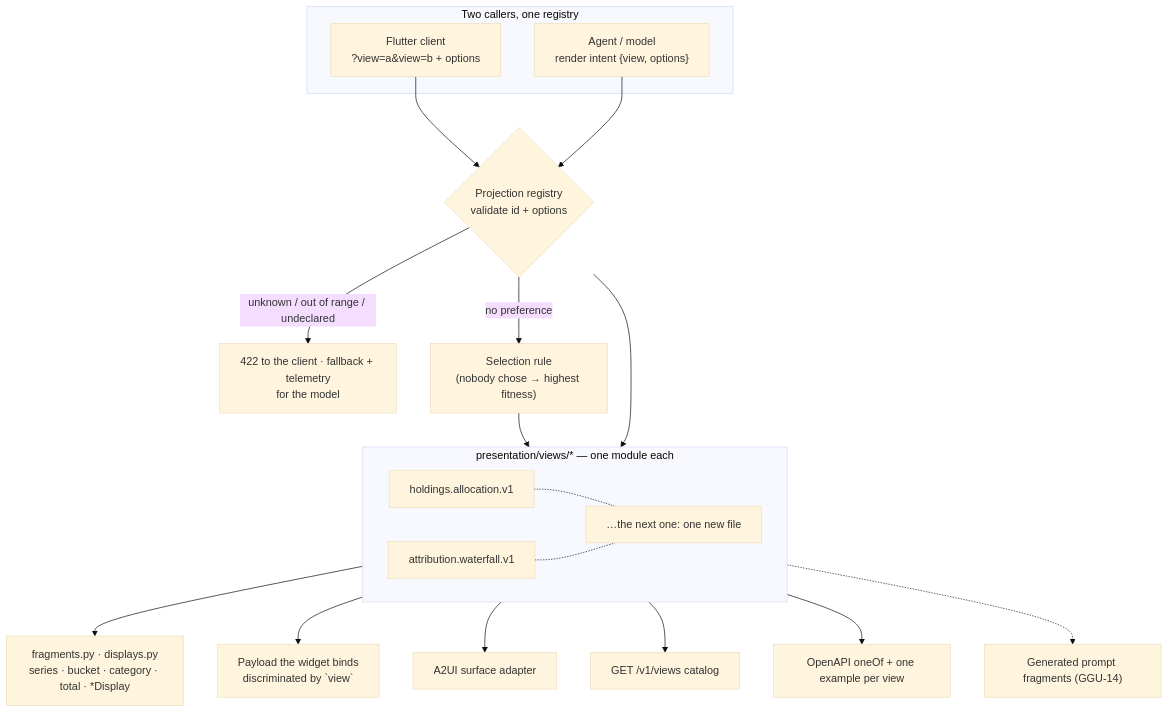
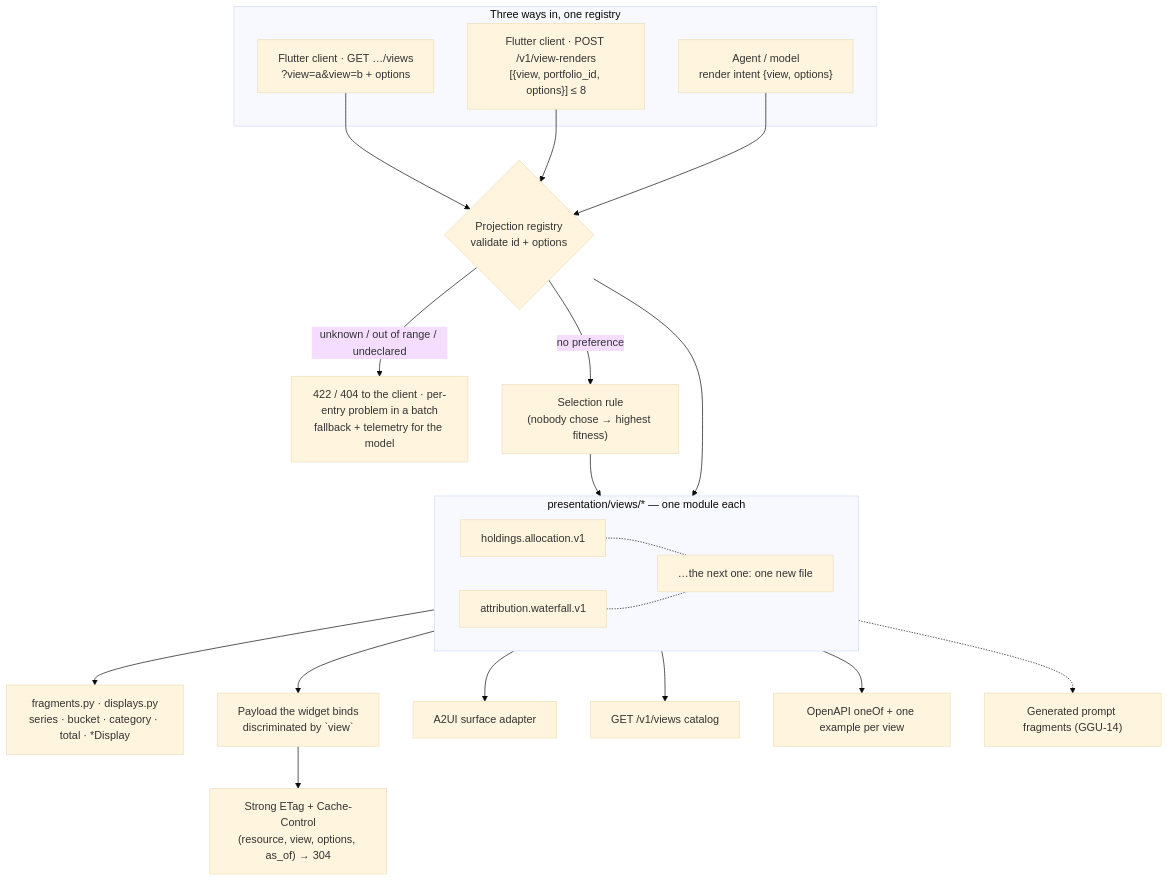
Before and after one commit to somnio-projects/finance-google-a2ui: the diagram in docs/diagrams/06-response-shaping.md, drawn with Mermaid (base theme). The commit also changed other lines of this file and 48 other files, not shown here.

First line of the commit message:
feat(backend): stream surfaces, batch renders and revalidate reads

````diff
--- a/docs/diagrams/06-response-shaping.md
+++ b/docs/diagrams/06-response-shaping.md
@@ -7,41 +7,49 @@
 ```mermaid
 flowchart TB
-    subgraph callers["Two callers, one registry"]
-        cl["Flutter client<br/>?view=a&view=b + options"]
+    subgraph callers["Three ways in, one registry"]
+        cl["Flutter client · GET …/views<br/>?view=a&view=b + options"]
+        batch["Flutter client · POST /v1/view-renders<br/>[{view, portfolio_id, options}] ≤ 8"]
         ag["Agent / model<br/>render intent {view, options}"]
     end
     reg{"Projection registry<br/>validate id + options"}
-    rej["422 to the client · fallback + telemetry<br/>for the model"]
+    rej["422 / 404 to the client · per-entry problem in a batch<br/>fallback + telemetry for the model"]
     sel["Selection rule<br/>(nobody chose → highest fitness)"]
     subgraph views["presentation/views/* — one module each"]
         v1["holdings.allocation.v1"]
         v2["attribution.waterfall.v1"]
         vn["…the next one: one new file"]
     end
     frag["fragments.py · displays.py<br/>series · bucket · category · total · *Display"]
     out["Payload the widget binds<br/>discriminated by `view`"]
+    etag["Strong ETag + Cache-Control<br/>(resource, view, options, as_of) → 304"]
     a2ui["A2UI surface adapter"]
     cat["GET /v1/views catalog"]
     oa["OpenAPI oneOf + one example per view"]
     pf["Generated prompt fragments (GGU-14)"]
 
     cl --> reg
+    batch --> reg
     ag --> reg
     reg -- "unknown / out of range / undeclared" --> rej
     reg -- "no preference" --> sel --> views
     reg --> views
     views --> frag
     views --> out
+    out --> etag
     views --> a2ui
     views --> cat
     views --> oa
     views -.-> pf
     v1 -.- vn
     v2 -.- vn
 
     %% Registering once publishes to four consumers; adding a chart touches
     %% only its own module (ADR-K D-14, D-15) — views/ is auto-discovered,
     %% so not even an import line is edited.
-    %% The client's rejection is a 422; the model's is a recorded fallback
-    %% to the endpoint default (ADR-K D-12).
+    %% The batch is a RESOURCE, not an RPC call: POST creates it, 201 returns
+    %% it inline, and EVERY entry carries its own status, so one bad view
+    %% never sinks the others (ADR-K D-18).
+    %% The client's rejection is a 422/404; inside a batch it is that entry's
+    %% problem document; the model's is a recorded fallback (ADR-K D-12).
+    %% ETag covers the two GET reads only: a POST batch is not revalidated.
 ```
````
